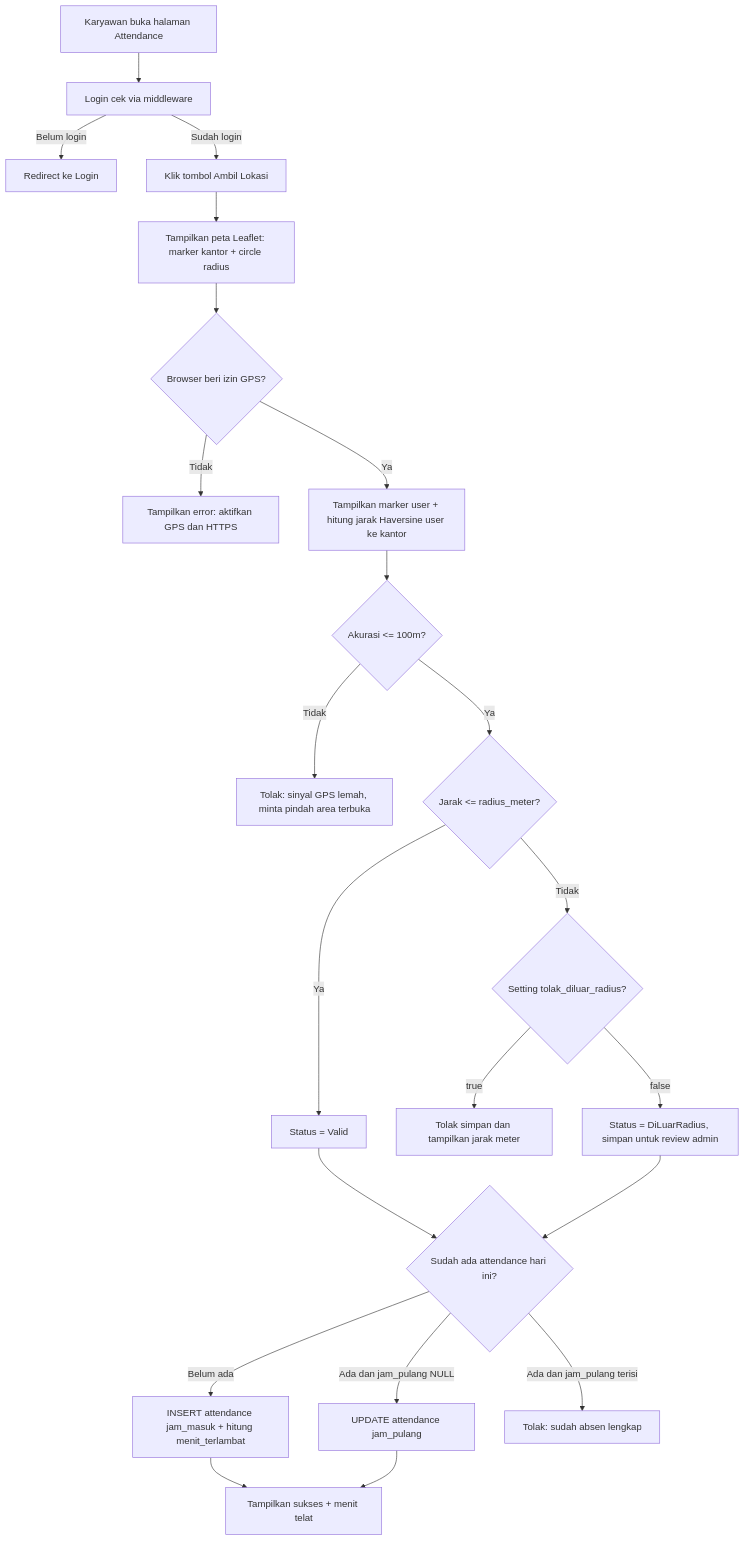
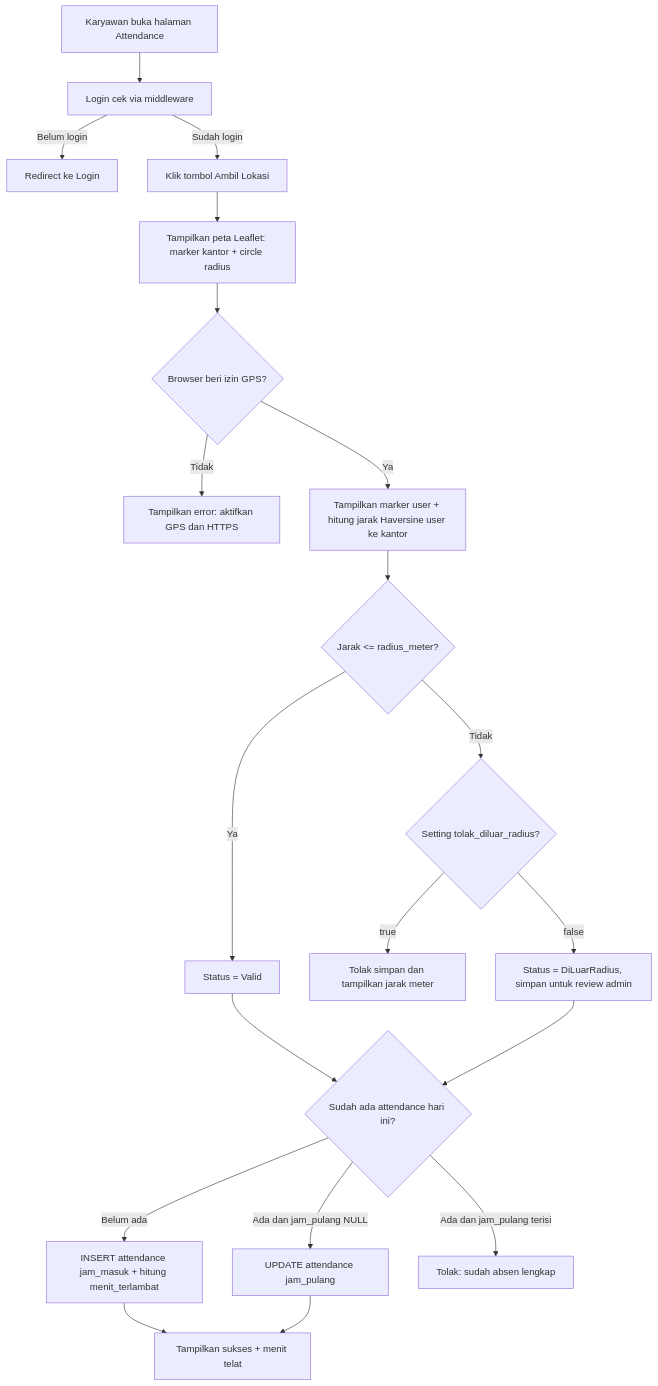
The first of 6 diagrams in PRD.md (abdulrizalbahtiar-maker/absen-almanna-bakery-deepseek-v4.1flash), drawn with Mermaid before and after one commit. The commit also changed other lines of this file and 6 other files, not shown here.

Commit message:
Absen: akurasi GPS tidak lagi memblokir, validasi murni radius (akurasi jadi log)

````diff
--- a/PRD.md
+++ b/PRD.md
@@ -152,24 +152,22 @@
 ```mermaid
 flowchart TD
     A[Karyawan buka halaman Attendance] --> B[Login cek via middleware]
     B -->|Belum login| L[Redirect ke Login]
     B -->|Sudah login| C[Klik tombol Ambil Lokasi]
     C --> C1[Tampilkan peta Leaflet: marker kantor + circle radius]
     C1 --> D{Browser beri izin GPS?}
     D -->|Tidak| E[Tampilkan error: aktifkan GPS dan HTTPS]
     D -->|Ya| F[Tampilkan marker user + hitung jarak Haversine user ke kantor]
-    F --> F1{Akurasi <= 100m?}
-    F1 -->|Tidak| F2[Tolak: sinyal GPS lemah, minta pindah area terbuka]
-    F1 -->|Ya| G{Jarak <= radius_meter?}
+    F --> G{Jarak <= radius_meter?}
     G -->|Ya| H[Status = Valid]
     G -->|Tidak| I{Setting tolak_diluar_radius?}
     I -->|true| J[Tolak simpan dan tampilkan jarak meter]
     I -->|false| I2[Status = DiLuarRadius, simpan untuk review admin]
     H --> K{Sudah ada attendance hari ini?}
     I2 --> K
     K -->|Belum ada| M[INSERT attendance jam_masuk + hitung menit_terlambat]
     K -->|Ada dan jam_pulang NULL| N[UPDATE attendance jam_pulang]
     K -->|Ada dan jam_pulang terisi| O[Tolak: sudah absen lengkap]
     M --> P[Tampilkan sukses + menit telat]
     N --> P
 ```
````
